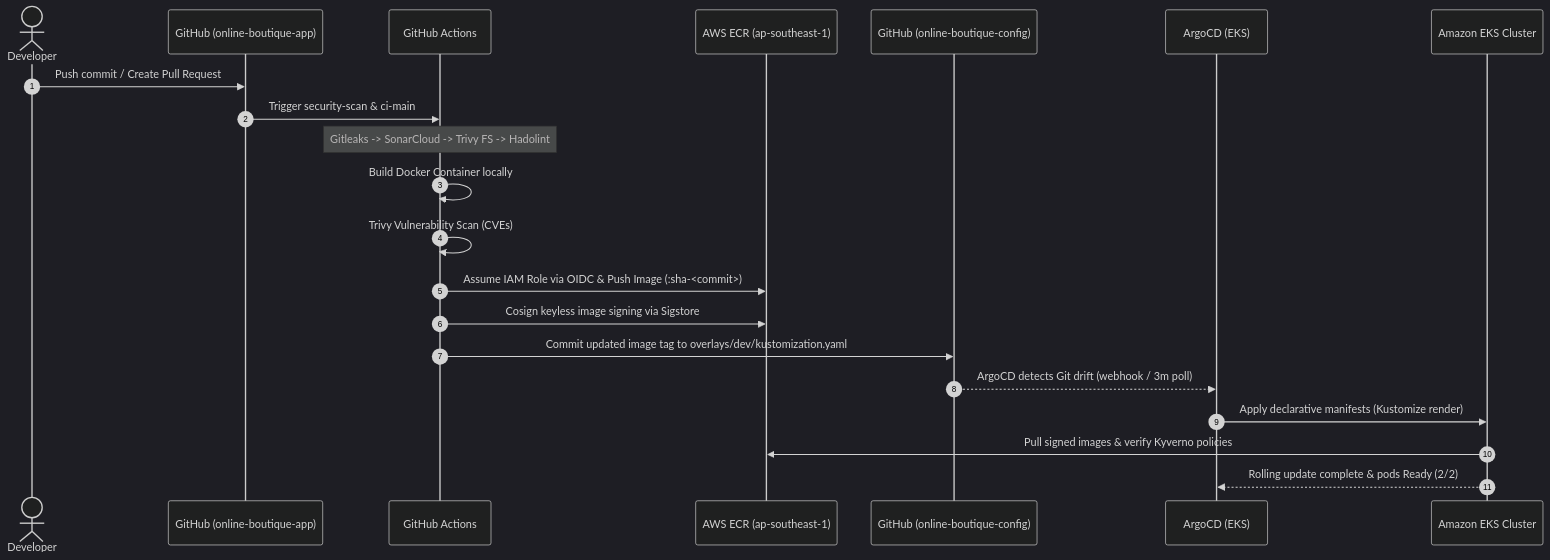
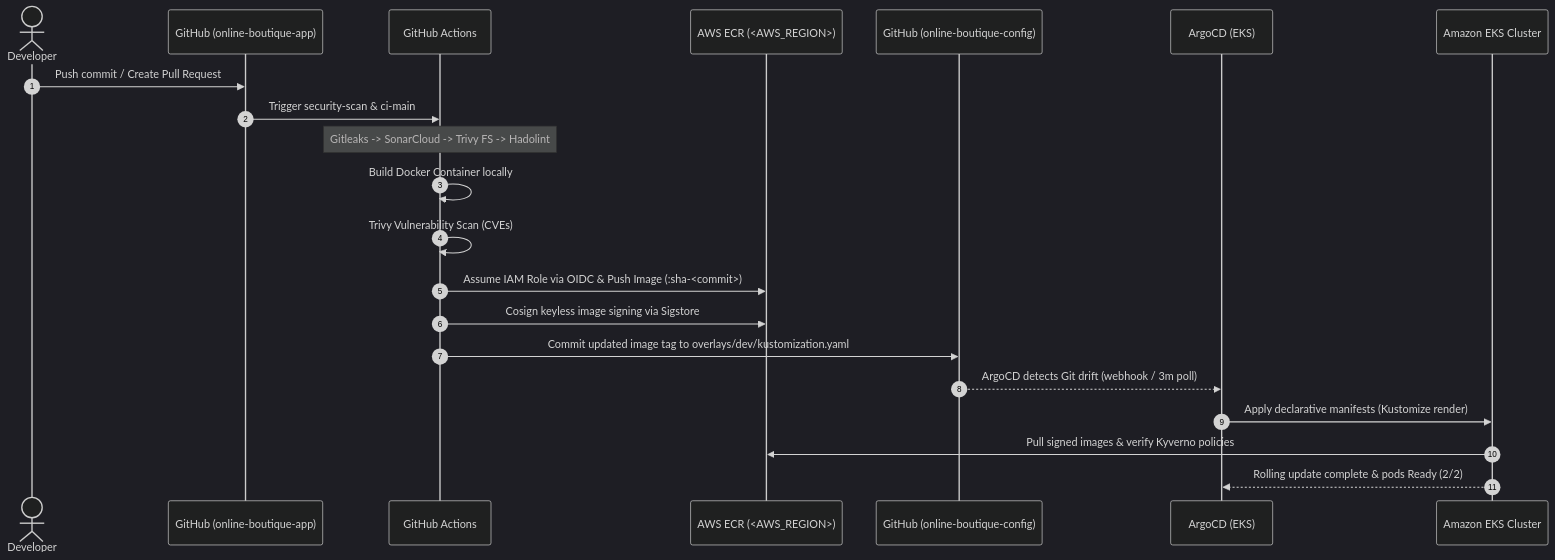
The second of 4 diagrams in README.md (online-boutique-application-demo/online-boutique-app), drawn with Mermaid (dark theme) before and after one commit. The commit also changed other lines of this file and 16 other files, not shown here.

````diff
--- a/README.md
+++ b/README.md
@@ -177,24 +177,24 @@
 ```mermaid
 sequenceDiagram
     autonumber
     actor Dev as Developer
     participant GH as GitHub (online-boutique-app)
     participant CI as GitHub Actions
-    participant ECR as AWS ECR (ap-southeast-1)
+    participant ECR as AWS ECR (<AWS_REGION>)
     participant Cfg as GitHub (online-boutique-config)
     participant Argo as ArgoCD (EKS)
     participant EKS as Amazon EKS Cluster
 
     Dev->>GH: Push commit / Create Pull Request
     GH->>CI: Trigger security-scan & ci-main
     Note over CI: Gitleaks -> SonarCloud -> Trivy FS -> Hadolint
     CI->>CI: Build Docker Container locally
     CI->>CI: Trivy Vulnerability Scan (CVEs)
     CI->>ECR: Assume IAM Role via OIDC & Push Image (:sha-<commit>)
     CI->>ECR: Cosign keyless image signing via Sigstore
     CI->>Cfg: Commit updated image tag to overlays/dev/kustomization.yaml
     Cfg-->>Argo: ArgoCD detects Git drift (webhook / 3m poll)
     Argo->>EKS: Apply declarative manifests (Kustomize render)
     EKS->>ECR: Pull signed images & verify Kyverno policies
     EKS-->>Argo: Rolling update complete & pods Ready (2/2)
 ```
````
